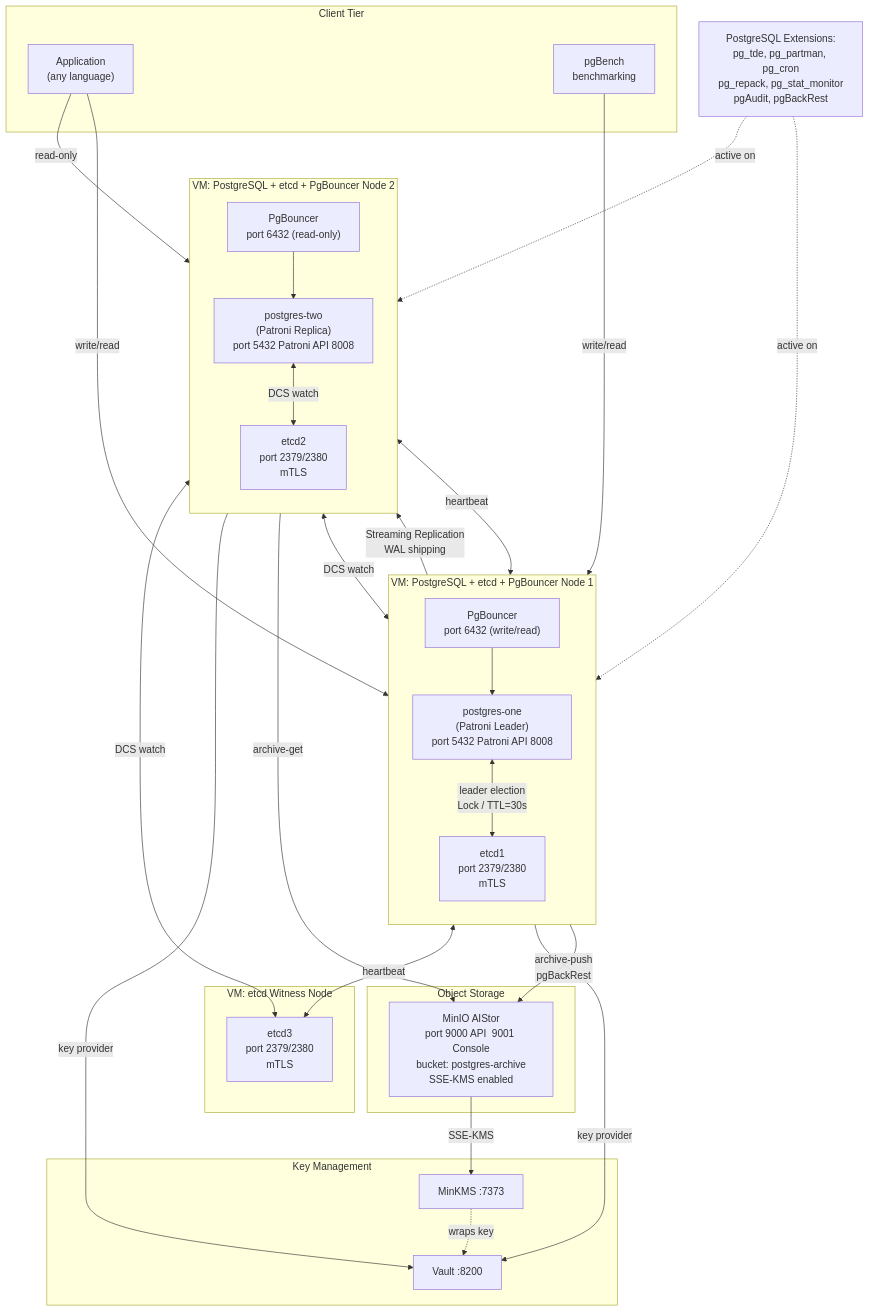
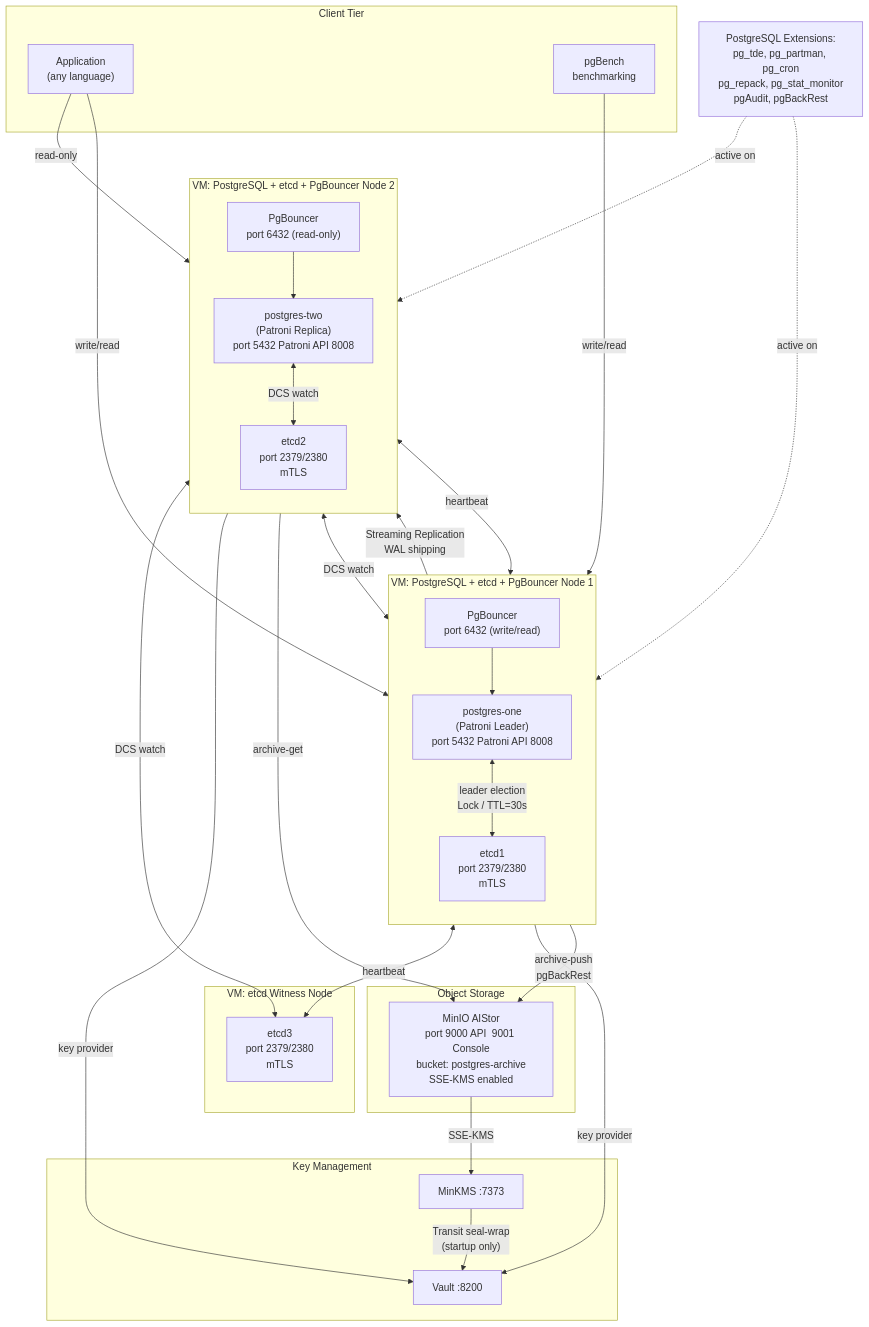
The diagram in docs/README.md (xdenistwn/patroni-postgres-tde), drawn with Mermaid before and after one commit. The commit also changed other lines of this file and 25 other files, not shown here.

````diff
--- a/docs/README.md
+++ b/docs/README.md
@@ -9,63 +9,63 @@
 ```mermaid
 graph TD
     subgraph "Client Tier"
         APP["Application\n(any language)"]
         BENCH["pgBench\nbenchmarking"]
     end
 
     subgraph "VM: PostgreSQL + etcd + PgBouncer Node 1"
         direction TB
         PGB1["PgBouncer\nport 6432  (write/read)"]
         PG1["postgres-one\n(Patroni Leader)\nport 5432  Patroni API 8008"]
         E1["etcd1\nport 2379/2380\nmTLS"]
     end
 
     subgraph "VM: PostgreSQL + etcd + PgBouncer Node 2"
         direction TB
         PGB2["PgBouncer\nport 6432  (read-only)"]
         PG2["postgres-two\n(Patroni Replica)\nport 5432  Patroni API 8008"]
         E2["etcd2\nport 2379/2380\nmTLS"]
     end
 
     subgraph "VM: etcd Witness Node"
         E3["etcd3\nport 2379/2380\nmTLS"]
     end
 
     PG1 -- "Streaming Replication\nWAL shipping" --> PG2
 
     subgraph "Key Management"
         VAULT["Vault :8200"]
         MINKMS["MinKMS :7373"]
     end
 
     subgraph "Object Storage"
         MINIO["MinIO AIStor\nport 9000 API  9001 Console\nbucket: postgres-archive\nSSE-KMS enabled"]
     end
 
     EXT["PostgreSQL Extensions:\npg_tde, pg_partman, pg_cron\npg_repack, pg_stat_monitor\npgAudit, pgBackRest"]
 
     APP -->|"write/read"| PGB1
     APP -->|"read-only"| PGB2
     BENCH -->|"write/read"| PGB1
     PGB1 --> PG1
     PGB2 --> PG2
 
     PG1 <-->|"leader election\nLock / TTL=30s"| E1
     PG1 <-->|"heartbeat"| E2
     PG1 <-->|"heartbeat"| E3
     PG2 <-->|"DCS watch"| E1
     PG2 <-->|"DCS watch"| E2
     PG2 <-->|"DCS watch"| E3
 
     PG1 -->|"key provider"| VAULT
     PG2 -->|"key provider"| VAULT
 
     PG1 -->|"archive-push\npgBackRest"| MINIO
     PG2 -->|"archive-get"| MINIO
 
     MINIO -->|"SSE-KMS"| MINKMS
-    MINKMS -.->|"wraps key"| VAULT
+    MINKMS -->|"Transit seal-wrap\n(startup only)"| VAULT
 
     EXT -.->|"active on"| PG1
     EXT -.->|"active on"| PG2
 ```
````
